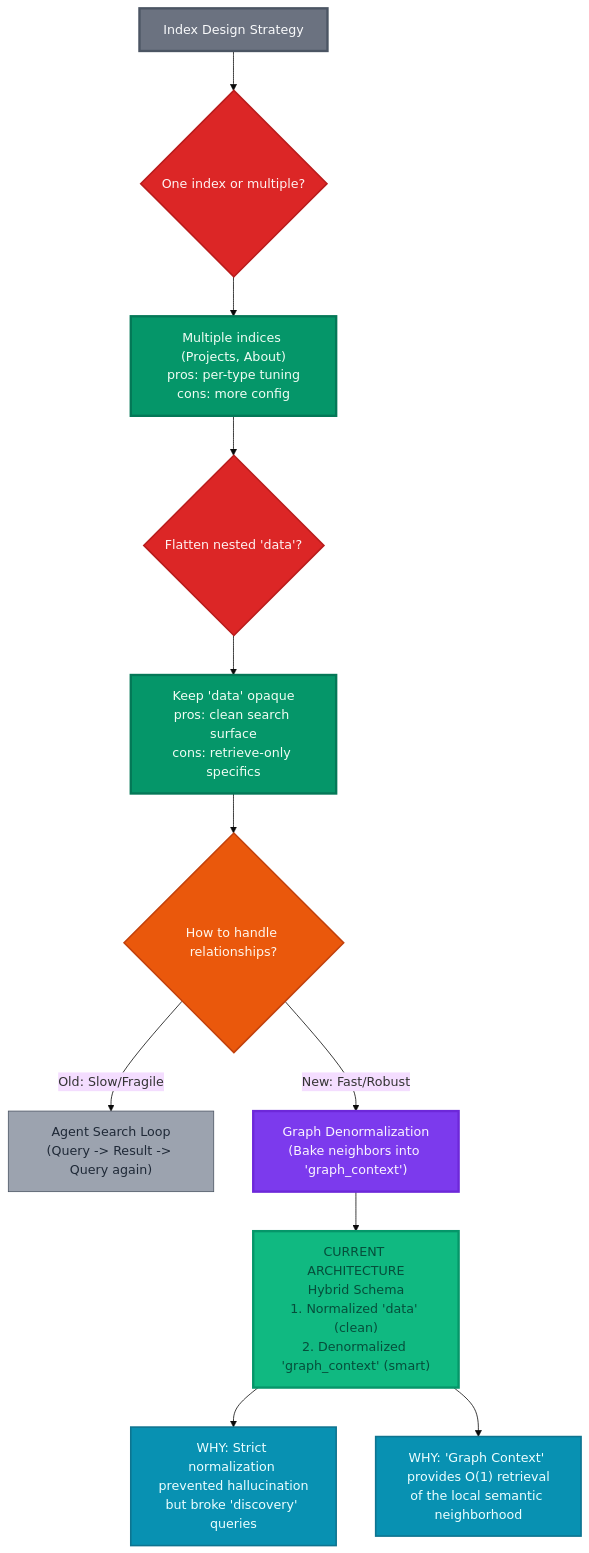
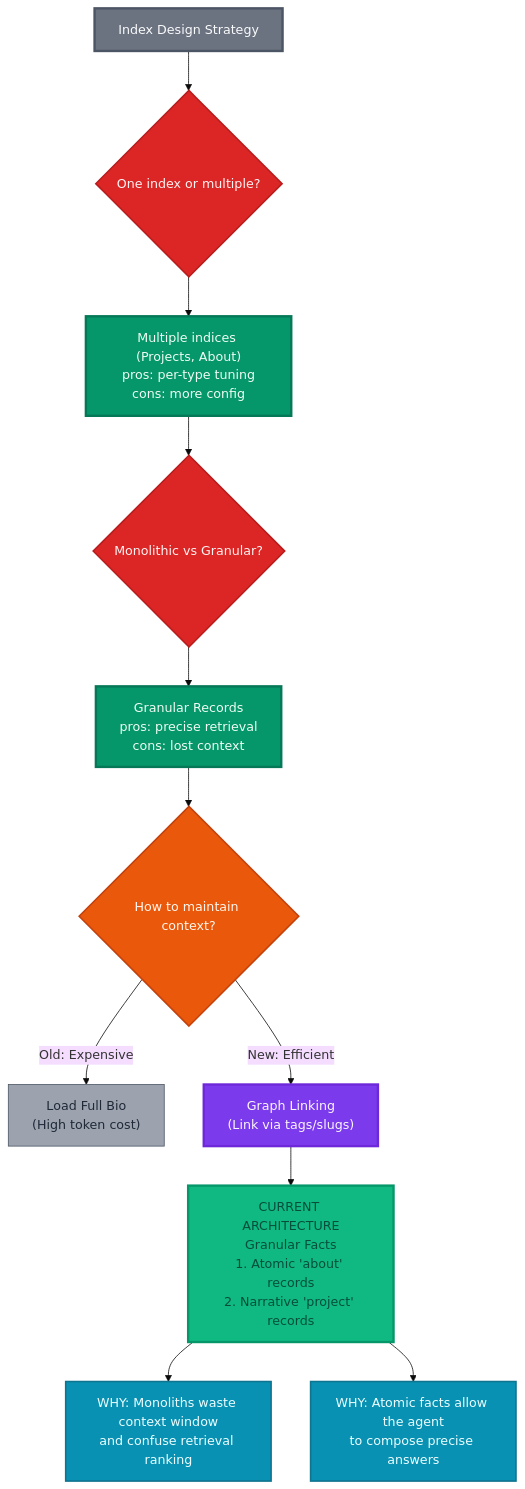
Before and after one commit to anchildress1/system-notes: the diagram in apps/api/algolia/diagrams/index-design-rationale.md, drawn with Mermaid (base theme). The commit also changed other lines of this file and 14 other files, not shown here.

First line of the commit message:
feat(algolia): redesign about and projects indexes for RAG agent

````diff
--- a/apps/api/algolia/diagrams/index-design-rationale.md
+++ b/apps/api/algolia/diagrams/index-design-rationale.md
@@ -6,49 +6,49 @@
 ```mermaid
 graph TD
     accTitle: Algolia Index Design Rationale
-    accDescr: Decision tree showing the evolution from normalized schema to hybrid graph denormalization
+    accDescr: Decision tree showing the evolution from monolithic schema to granular fact architecture
 
     Start["Index Design Strategy"]:::start
 
     %% Phase 1: Structure
     Q1{"One index or multiple?"}:::question
     Multiple["Multiple indices (Projects, About)<br/>pros: per-type tuning<br/>cons: more config"]:::chosen
 
-    %% Phase 2: Content
-    Q2{"Flatten nested 'data'?"}:::question
-    Normalize["Keep 'data' opaque<br/>pros: clean search surface<br/>cons: retrieve-only specifics"]:::chosen
+    %% Phase 2: Content Granularity
+    Q2{"Monolithic vs Granular?"}:::question
+    Granular["Granular Records<br/>pros: precise retrieval<br/>cons: lost context"]:::chosen
 
-    %% Phase 3: The Graph Problem
-    Q3{"How to handle relationships?"}:::problem
-    OldWay["Agent Search Loop<br/>(Query -> Result -> Query again)"]:::cons
-    NewWay["Graph Denormalization<br/>(Bake neighbors into 'graph_context')"]:::solution
+    %% Phase 3: The Context Problem
+    Q3{"How to maintain context?"}:::problem
+    OldWay["Load Full Bio<br/>(High token cost)"]:::cons
+    NewWay["Graph Linking<br/>(Link via tags/slugs)"]:::solution
 
     %% Final decision
-    Decision["CURRENT ARCHITECTURE<br/>Hybrid Schema<br/>1. Normalized 'data' (clean)<br/>2. Denormalized 'graph_context' (smart)"]:::final
+    Decision["CURRENT ARCHITECTURE<br/>Granular Facts<br/>1. Atomic 'about' records<br/>2. Narrative 'project' records"]:::final
 
     %% Rationale
-    Why1["WHY: Strict normalization prevented hallucination<br/>but broke 'discovery' queries"]:::rationale
-    Why2["WHY: 'Graph Context' provides O(1) retrieval<br/>of the local semantic neighborhood"]:::rationale
+    Why1["WHY: Monoliths waste context window<br/>and confuse retrieval ranking"]:::rationale
+    Why2["WHY: Atomic facts allow the agent<br/>to compose precise answers"]:::rationale
 
     %% Flow
     Start --> Q1
     Q1 --> Multiple
     Multiple --> Q2
-    Q2 --> Normalize
-    Normalize --> Q3
-    Q3 -->|Old: Slow/Fragile| OldWay
-    Q3 -->|New: Fast/Robust| NewWay
+    Q2 --> Granular
+    Granular --> Q3
+    Q3 -->|Old: Expensive| OldWay
+    Q3 -->|New: Efficient| NewWay
     NewWay --> Decision
     Decision --> Why1
     Decision --> Why2
 
     %% Styles
     classDef start fill:#6b7280,stroke:#4b5563,stroke-width:3px,color:#f9fafb
     classDef question fill:#dc2626,stroke:#b91c1c,stroke-width:2px,color:#fef2f2
     classDef chosen fill:#059669,stroke:#047857,stroke-width:3px,color:#f0fdf4
     classDef problem fill:#ea580c,stroke:#c2410c,stroke-width:2px,color:#fff7ed
     classDef solution fill:#7c3aed,stroke:#6d28d9,stroke-width:3px,color:#faf5ff
     classDef cons fill:#9ca3af,stroke:#4b5563,stroke-width:1px,color:#1f2937
     classDef final fill:#10b981,stroke:#059669,stroke-width:3px,color:#064e3b
     classDef rationale fill:#0891b2,stroke:#0e7490,stroke-width:2px,color:#ecfeff
 ```
````
